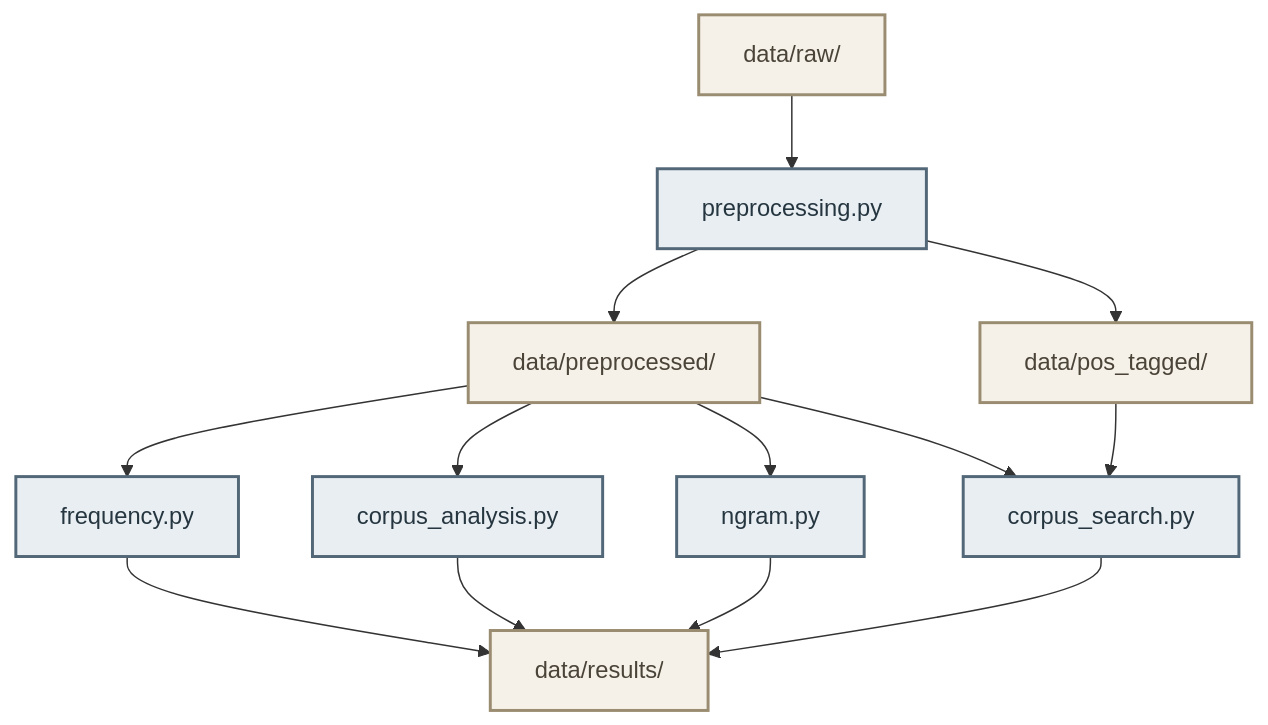
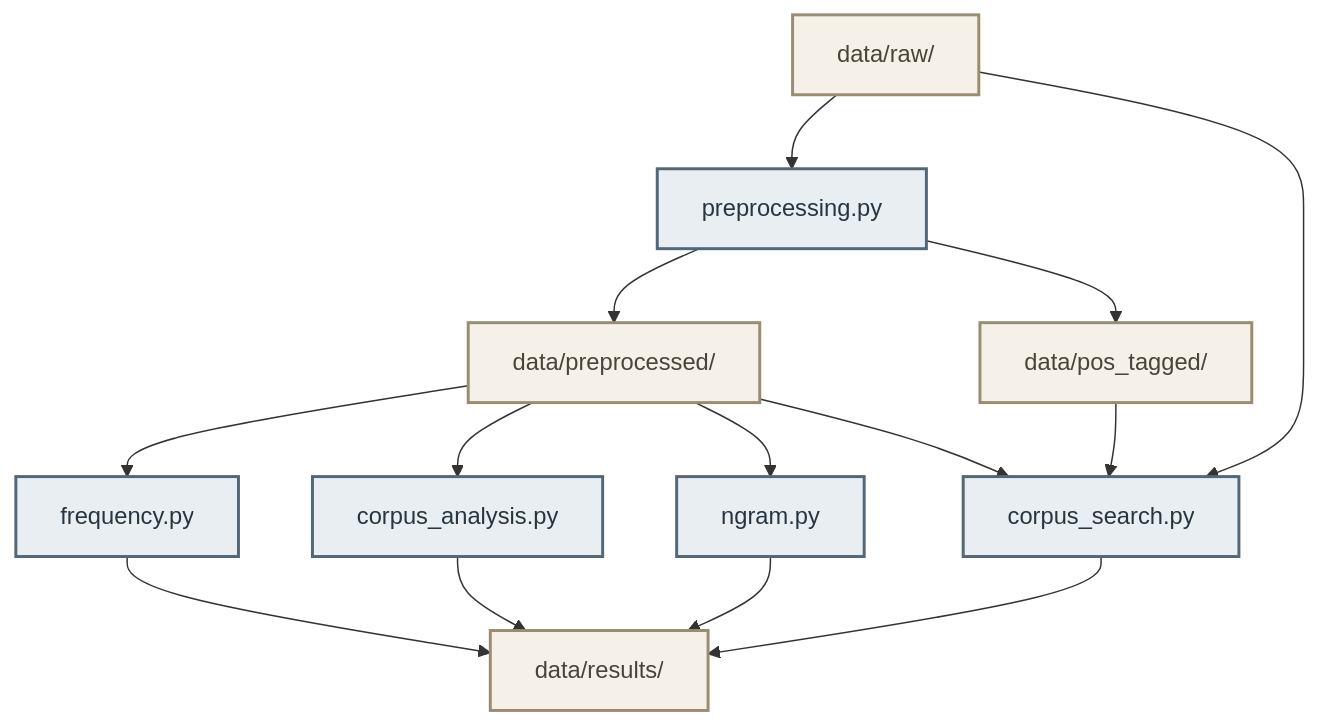
One commit to ksphere0013/Corpus-Linguistics-Toolkit-for-Chinese changed the diagram in README.md. Above: the diagram before and after it, drawn with Mermaid. The commit also changed other lines of this file, not shown here.

````diff
--- a/README.md
+++ b/README.md
@@ -76,27 +67,28 @@
 ```mermaid
 flowchart TD
     C[data/raw/]
 
     C --> D[preprocessing.py]
 
     D --> E[data/preprocessed/]
     D --> F[data/pos_tagged/]
 
     E --> G[frequency.py]
     E --> H[corpus_analysis.py]
     E --> I[ngram.py]
     E --> J[corpus_search.py]
 
     F --> J
+    C --> J
 
     G --> K[data/results/]
     H --> K
     I --> K
     J --> K
 
     classDef python fill:#E8EEF2,stroke:#526777,stroke-width:2px,color:#263640;
     classDef data fill:#F5F1E8,stroke:#9A8C70,stroke-width:2px,color:#4A4338;
 
     class D,G,H,I,J python;
     class C,E,F,K data;
 ```
````
